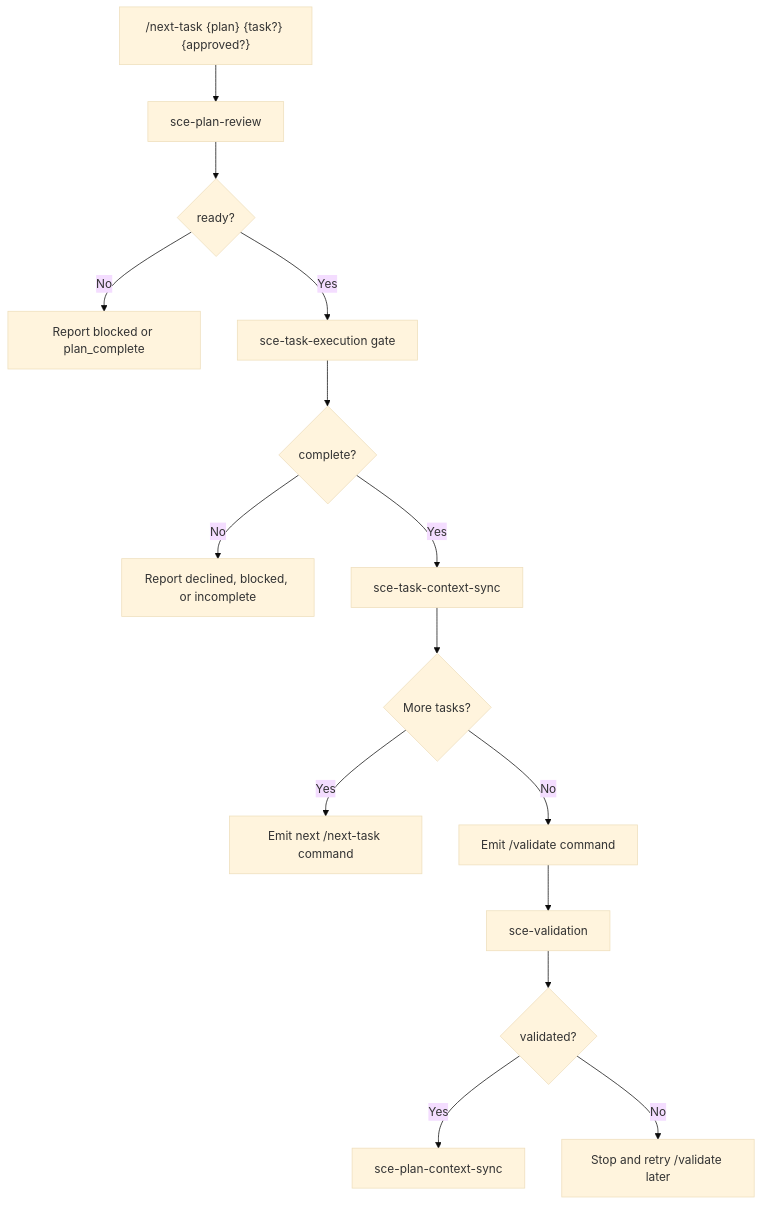
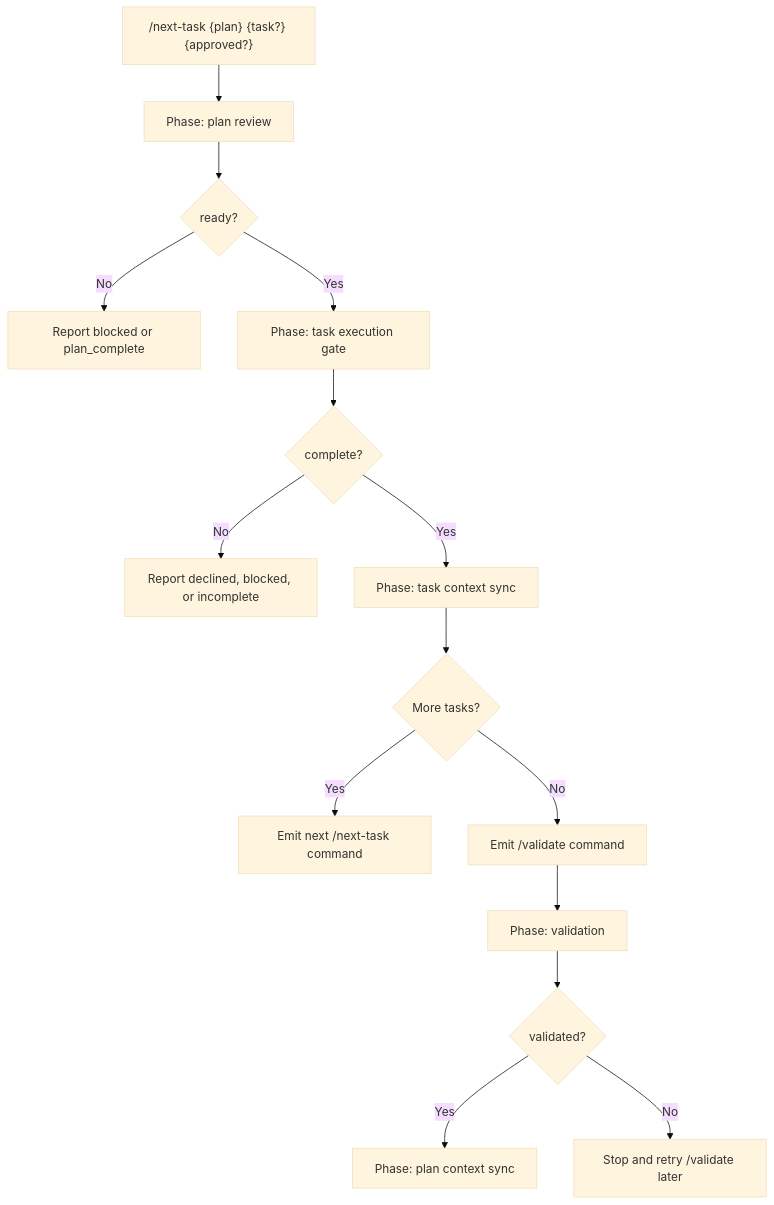
One commit to crocoder-dev/shared-context-engineering changed the diagram in context/sce/shared-context-code-workflow.md. Above: the diagram before and after it, drawn with Mermaid (base theme). The commit also changed other lines of this file and 14 other files, not shown here.

````diff
--- a/context/sce/shared-context-code-workflow.md
+++ b/context/sce/shared-context-code-workflow.md
@@ -53,17 +55,17 @@
 ```mermaid
 flowchart TD
-    A["/next-task {plan} {task?} {approved?}"] --> B["sce-plan-review"]
+    A["/next-task {plan} {task?} {approved?}"] --> B["Phase: plan review"]
     B --> C{"ready?"}
     C -- "No" --> D["Report blocked or plan_complete"]
-    C -- "Yes" --> E["sce-task-execution gate"]
+    C -- "Yes" --> E["Phase: task execution gate"]
     E --> F{"complete?"}
     F -- "No" --> G["Report declined, blocked, or incomplete"]
-    F -- "Yes" --> H["sce-task-context-sync"]
+    F -- "Yes" --> H["Phase: task context sync"]
     H --> I{"More tasks?"}
     I -- "Yes" --> J["Emit next /next-task command"]
     I -- "No" --> K["Emit /validate command"]
-    K --> L["sce-validation"]
+    K --> L["Phase: validation"]
     L --> M{"validated?"}
-    M -- "Yes" --> N["sce-plan-context-sync"]
+    M -- "Yes" --> N["Phase: plan context sync"]
     M -- "No" --> O["Stop and retry /validate later"]
 ```
````
